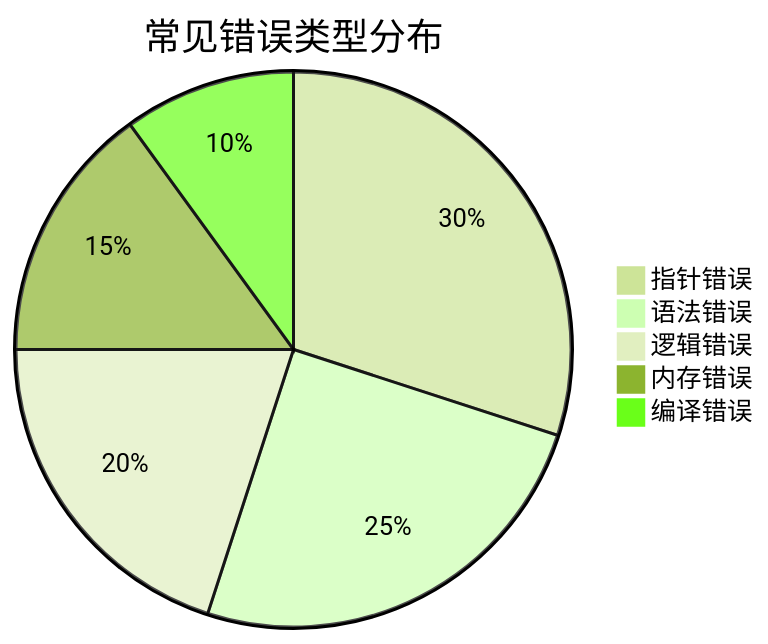
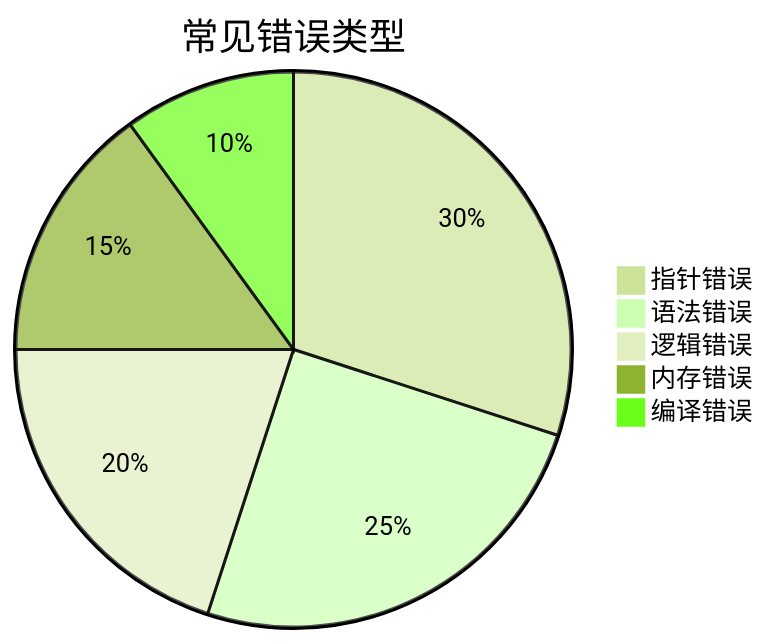
Before and after one commit to hulu798/C-Notes: diagram 15 of 15 in README.md, drawn with Mermaid (forest theme). The commit also changed other lines of this file, not shown here.

````diff
--- a/README.md
+++ b/README.md
@@ -860,8 +613,8 @@
 ```mermaid
-pie title 常见错误类型分布
+pie title 常见错误类型
     "指针错误" : 30
     "语法错误" : 25
     "逻辑错误" : 20
     "内存错误" : 15
     "编译错误" : 10
 ```
````
